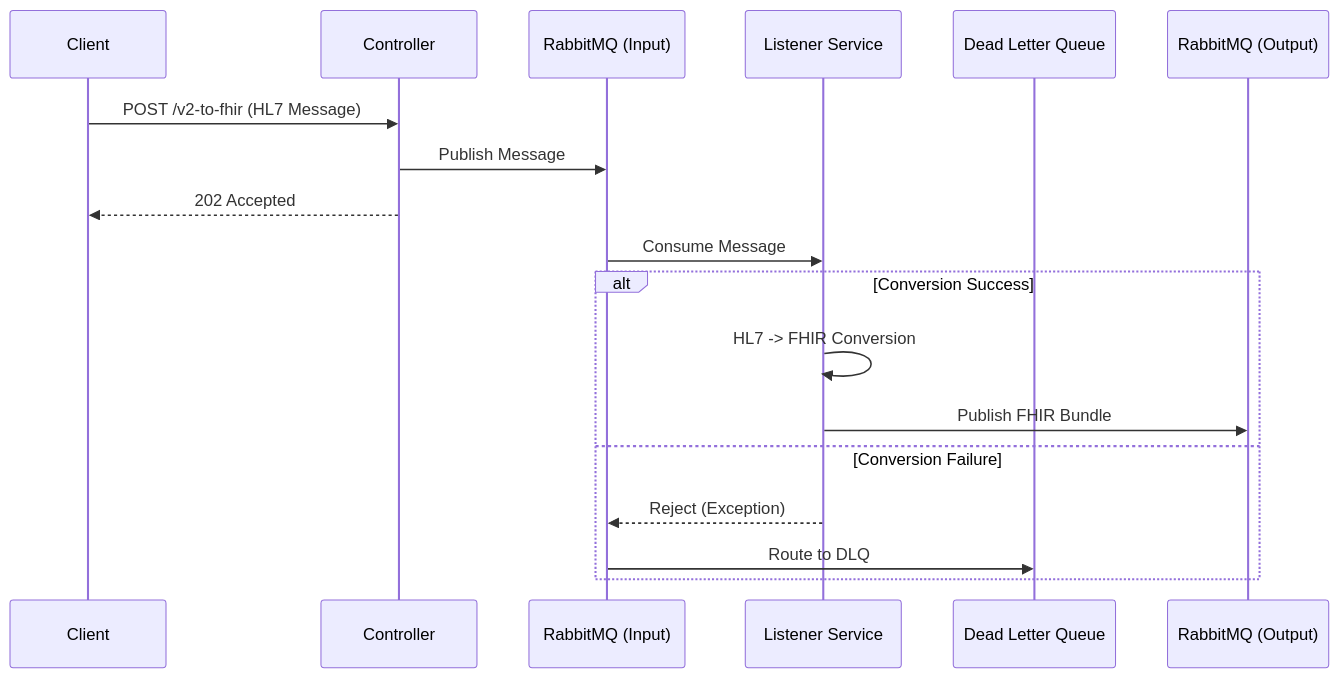
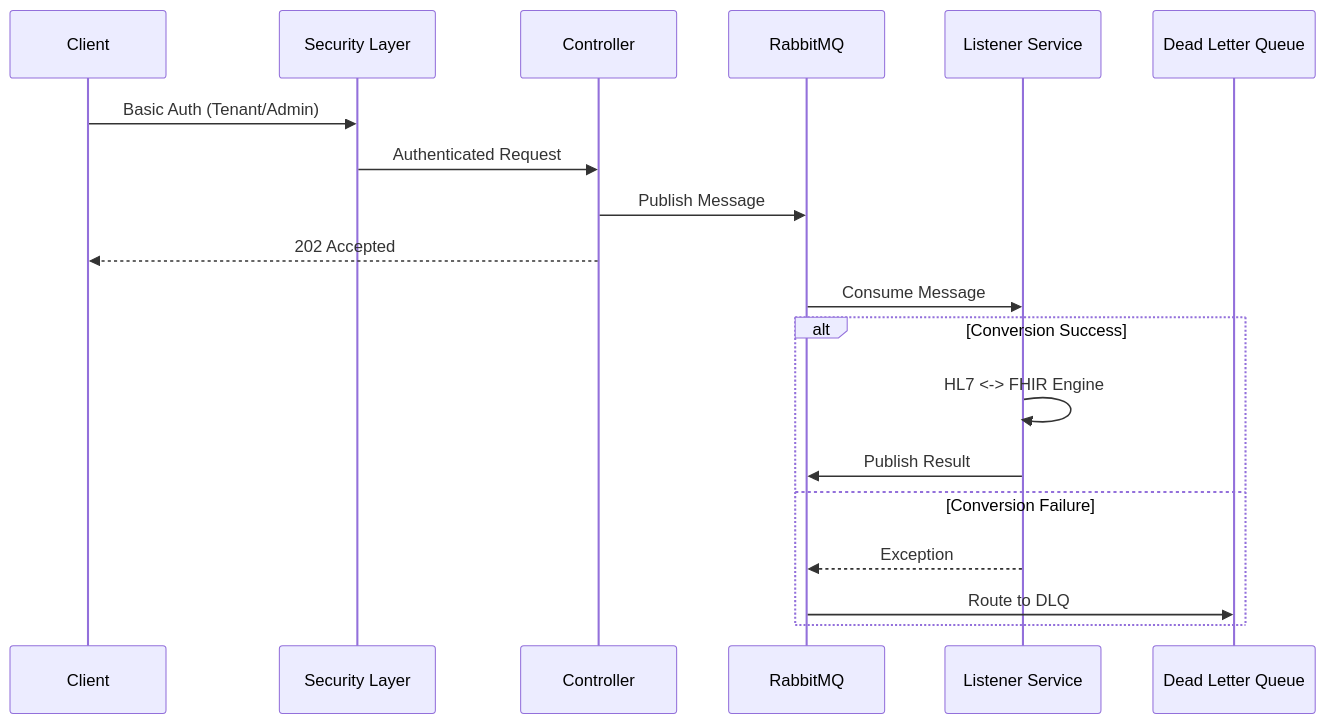
Before and after one commit to Alak-Das/FHIRTransformer: the diagram in README.md, drawn with Mermaid. The commit also changed other lines of this file, not shown here.

````diff
--- a/README.md
+++ b/README.md
@@ -40,22 +44,24 @@
 ```mermaid
 sequenceDiagram
     participant Client
+    participant Auth as Security Layer
     participant API as Controller
-    participant MQ as RabbitMQ (Input)
+    participant MQ as RabbitMQ
     participant Worker as Listener Service
     participant DLQ as Dead Letter Queue
-    participant OutMQ as RabbitMQ (Output)
 
-    Client->>API: POST /v2-to-fhir (HL7 Message)
+    Client->>Auth: Basic Auth (Tenant/Admin)
+    Auth->>API: Authenticated Request
+    
     API->>MQ: Publish Message
     API-->>Client: 202 Accepted
     
     MQ->>Worker: Consume Message
     alt Conversion Success
-        Worker->>Worker: HL7 -> FHIR Conversion
-        Worker->>OutMQ: Publish FHIR Bundle
+        Worker->>Worker: HL7 <-> FHIR Engine
+        Worker->>MQ: Publish Result
     else Conversion Failure
-        Worker-->>MQ: Reject (Exception)
+        Worker-->>MQ: Exception
         MQ->>DLQ: Route to DLQ
     end
 ```
````
